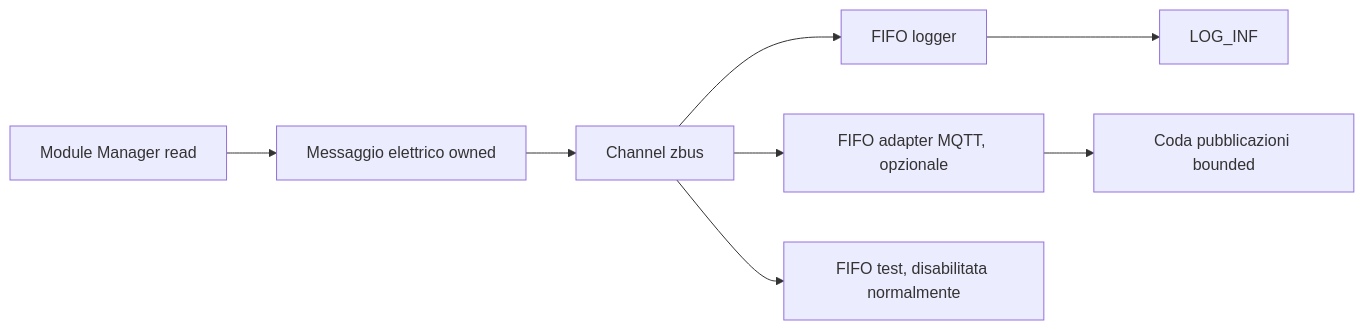
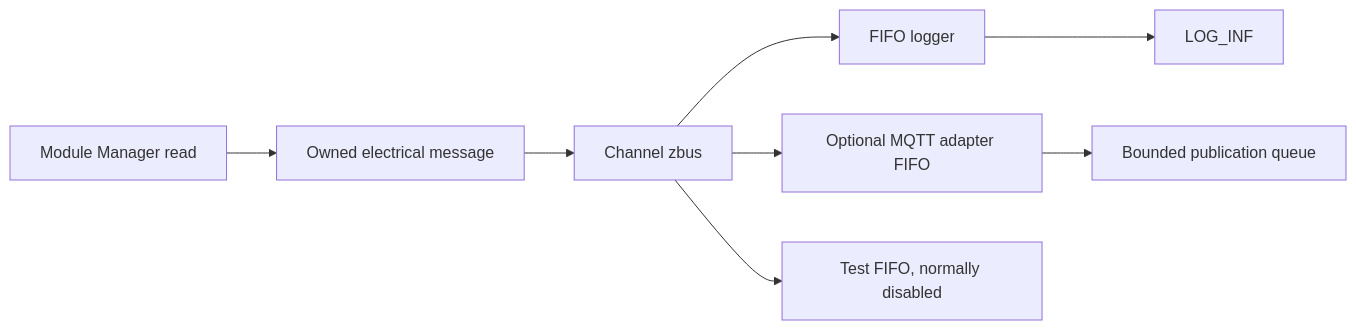
Before and after one commit to andreapiccini/SpaghettiLAB: the diagram in Firmware/core/subsys/data/README.md, drawn with Mermaid. The commit also changed other lines of this file and 43 other files, not shown here.

````diff
--- a/Firmware/core/subsys/data/README.md
+++ b/Firmware/core/subsys/data/README.md
@@ -82,10 +82,10 @@
 ```mermaid
 flowchart LR
-    READ["Module Manager read"] --> MESSAGE["Messaggio elettrico owned"]
+    READ["Module Manager read"] --> MESSAGE["Owned electrical message"]
     MESSAGE --> CHANNEL["Channel zbus"]
     CHANNEL --> LOGGER["FIFO logger"]
-    CHANNEL --> MQTT["FIFO adapter MQTT, opzionale"]
-    CHANNEL --> TEST["FIFO test, disabilitata normalmente"]
+    CHANNEL --> MQTT["Optional MQTT adapter FIFO"]
+    CHANNEL --> TEST["Test FIFO, normally disabled"]
     LOGGER --> LOG["LOG_INF"]
-    MQTT --> MQTTQ["Coda pubblicazioni bounded"]
+    MQTT --> MQTTQ["Bounded publication queue"]
 ```
````
